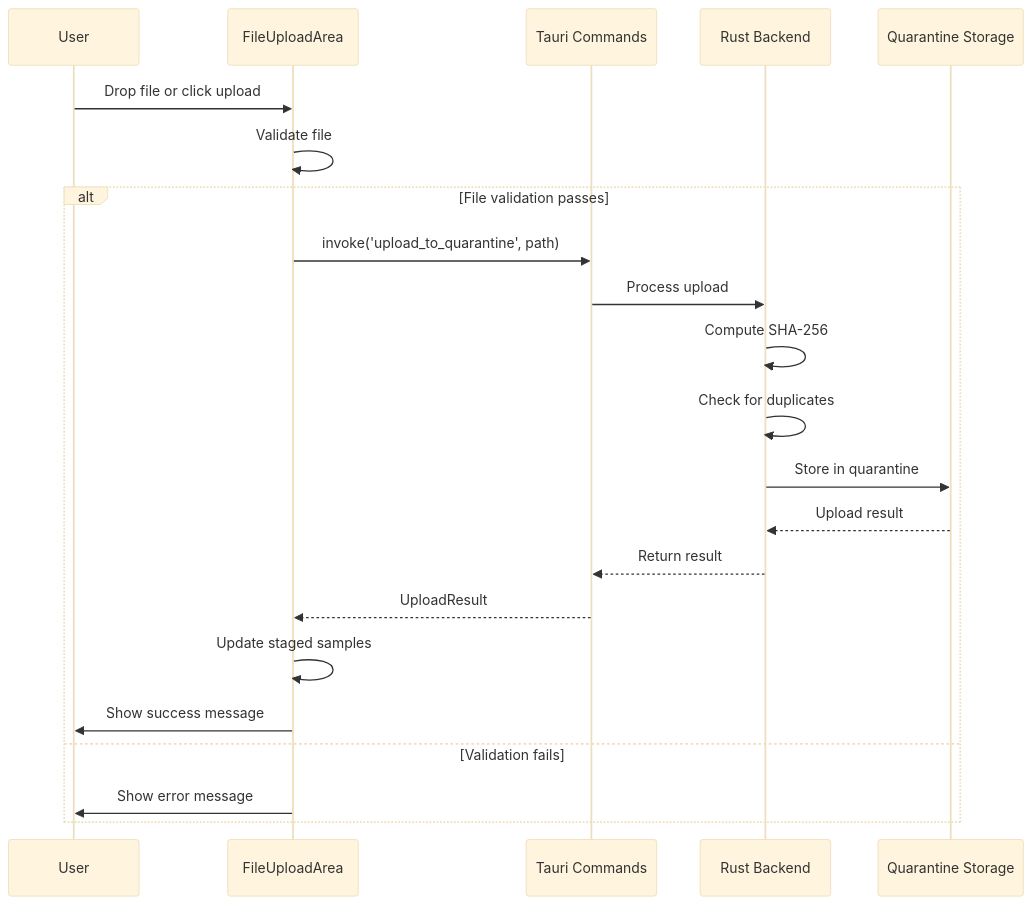
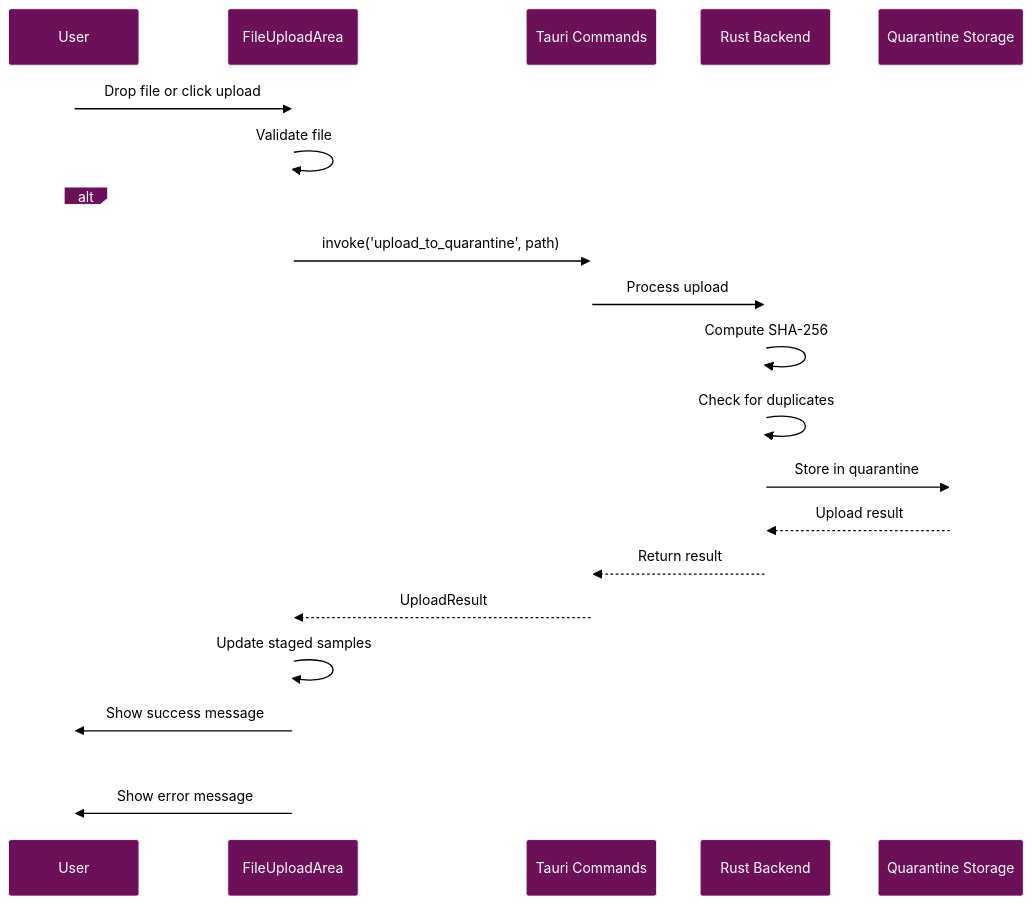
One commit to radicalkjax/Athena changed the second of 2 diagrams in docs/components/FILE_UPLOADER.md. Above: the diagram before and after it, drawn with Mermaid. The commit also changed 4 other files, not shown here.

````diff
--- a/docs/components/FILE_UPLOADER.md
+++ b/docs/components/FILE_UPLOADER.md
@@ -211,27 +211,47 @@
 ```mermaid
-%%{init: {'theme': 'base'}}%%
+%%{init: {
+  'theme': 'base',
+  'themeVariables': {
+    'primaryColor': '#6d105a',
+    'primaryTextColor': '#ffffff',
+    'primaryBorderColor': '#ffffff',
+    'lineColor': '#333333',
+    'secondaryColor': '#e8f4d4',
+    'secondaryTextColor': '#000000',
+    'secondaryBorderColor': '#333333',
+    'tertiaryColor': '#f9d0c4',
+    'tertiaryTextColor': '#000000',
+    'tertiaryBorderColor': '#333333',
+    'background': '#ffffff',
+    'mainBkg': '#6d105a',
+    'secondBkg': '#e8f4d4',
+    'tertiaryBkg': '#f9d0c4',
+    'textColor': '#000000',
+    'fontFamily': 'Arial, sans-serif'
+  }
+}}%%
 sequenceDiagram
     participant User
     participant Component as FileUploadArea
     participant Tauri as Tauri Commands
     participant Backend as Rust Backend
     participant Quarantine as Quarantine Storage
 
     User->>Component: Drop file or click upload
     Component->>Component: Validate file
 
     alt File validation passes
         Component->>Tauri: invoke('upload_to_quarantine', path)
         Tauri->>Backend: Process upload
         Backend->>Backend: Compute SHA-256
         Backend->>Backend: Check for duplicates
         Backend->>Quarantine: Store in quarantine
         Quarantine-->>Backend: Upload result
         Backend-->>Tauri: Return result
         Tauri-->>Component: UploadResult
         Component->>Component: Update staged samples
         Component->>User: Show success message
     else Validation fails
         Component->>User: Show error message
     end
 ```
````
